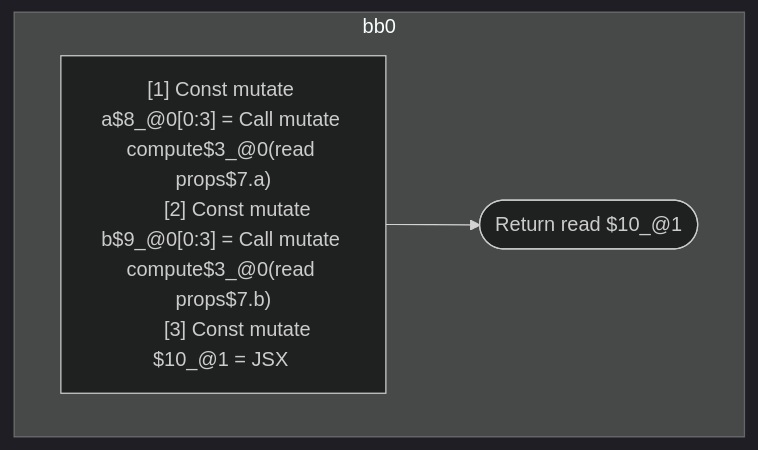
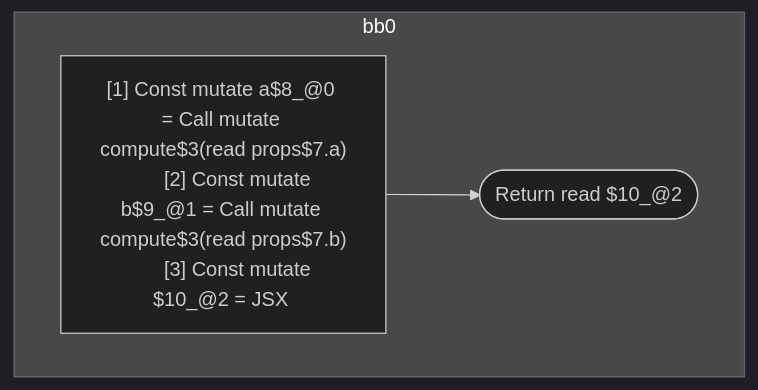
The first of 4 diagrams in compiler/forget/src/__tests__/fixtures/hir/independent.expect.md (wutsmog/private), drawn with Mermaid (dark theme) before and after one commit. The commit also changed other lines of this file and 100 other files, not shown here.

````diff
--- a/compiler/forget/src/__tests__/fixtures/hir/independent.expect.md
+++ b/compiler/forget/src/__tests__/fixtures/hir/independent.expect.md
@@ -42,15 +66,15 @@
 ```mermaid
 flowchart TB
   %% Basic Blocks
   subgraph bb0
     bb0_instrs["
-      [1] Const mutate a$8_@0[0:3] = Call mutate compute$3_@0(read props$7.a)
-      [2] Const mutate b$9_@0[0:3] = Call mutate compute$3_@0(read props$7.b)
-      [3] Const mutate $10_@1 = JSX <read Foo$5 a={freeze a$8_@0} b={freeze b$9_@0} ></read Foo$5>
+      [1] Const mutate a$8_@0 = Call mutate compute$3(read props$7.a)
+      [2] Const mutate b$9_@1 = Call mutate compute$3(read props$7.b)
+      [3] Const mutate $10_@2 = JSX <read Foo$5 a={freeze a$8_@0} b={freeze b$9_@1} ></read Foo$5>
     "]
-    bb0_instrs --> bb0_terminal(["Return read $10_@1"])
+    bb0_instrs --> bb0_terminal(["Return read $10_@2"])
   end
 
   %% Jumps
   %% empty
 ```
````
